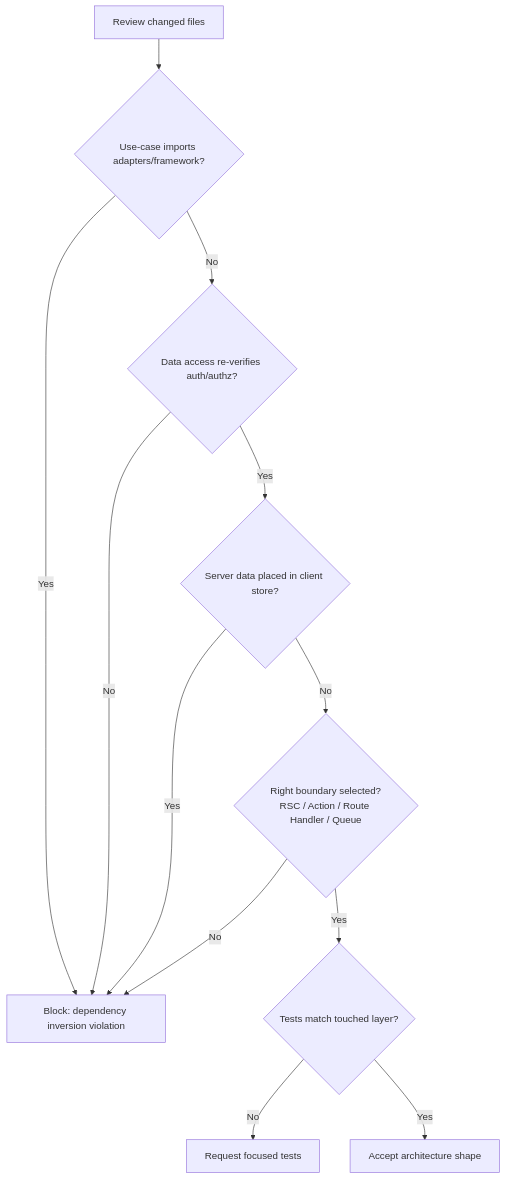
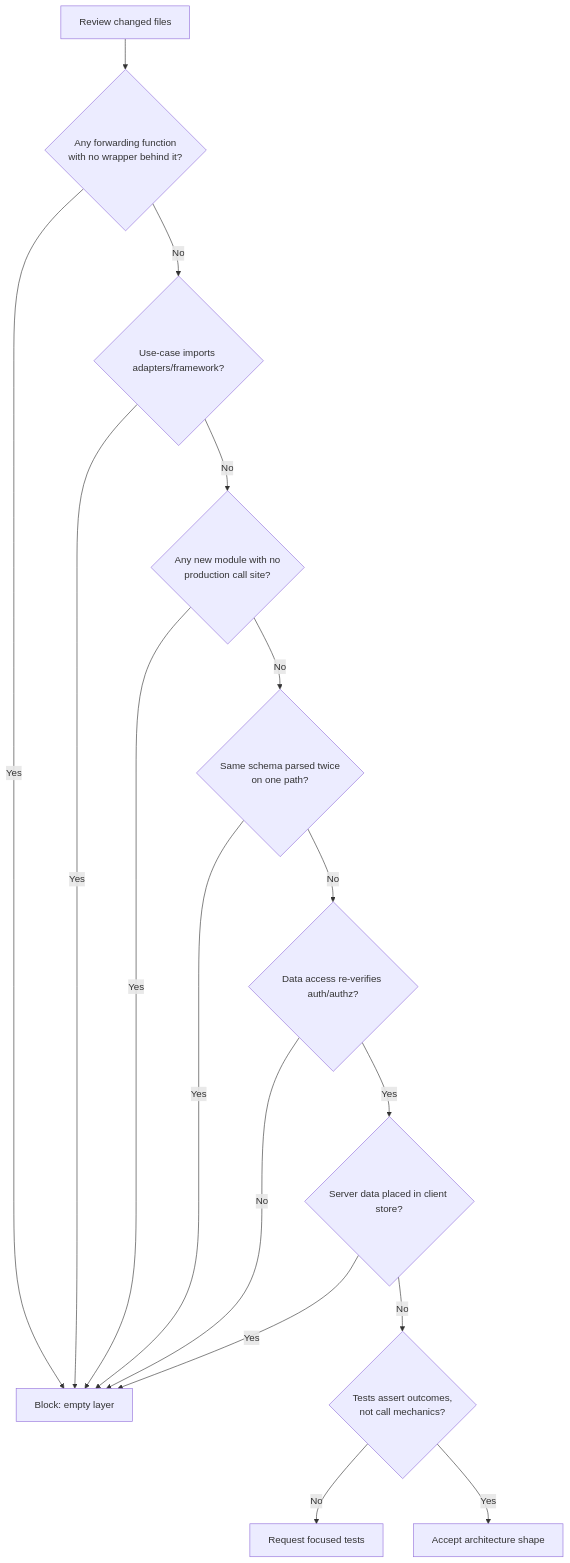
Before and after one commit to clicktronix/nextjs-clean-skills: the fifth of 5 diagrams in docs/agent-decision-maps.md, drawn with Mermaid. The commit also changed other lines of this file and 68 other files, not shown here.

````diff
--- a/docs/agent-decision-maps.md
+++ b/docs/agent-decision-maps.md
@@ -68,14 +95,18 @@
 ```mermaid
 flowchart TD
-  Start["Review changed files"] --> Imports{"Use-case imports adapters/framework?"}
-  Imports -->|Yes| Block["Block: dependency inversion violation"]
-  Imports -->|No| Auth{"Data access re-verifies auth/authz?"}
+  Start["Review changed files"] --> Forward{"Any forwarding function\nwith no wrapper behind it?"}
+  Forward -->|Yes| Block["Block: empty layer"]
+  Forward -->|No| Imports{"Use-case imports adapters/framework?"}
+  Imports -->|Yes| Block
+  Imports -->|No| Unused{"Any new module with no\nproduction call site?"}
+  Unused -->|Yes| Block
+  Unused -->|No| Twice{"Same schema parsed twice\non one path?"}
+  Twice -->|Yes| Block
+  Twice -->|No| Auth{"Data access re-verifies auth/authz?"}
   Auth -->|No| Block
   Auth -->|Yes| ServerData{"Server data placed in client store?"}
   ServerData -->|Yes| Block
-  ServerData -->|No| Boundary{"Right boundary selected?\nRSC / Action / Route Handler / Queue"}
-  Boundary -->|No| Block
-  Boundary -->|Yes| Tests{"Tests match touched layer?"}
+  ServerData -->|No| Tests{"Tests assert outcomes,\nnot call mechanics?"}
   Tests -->|No| RequestTests["Request focused tests"]
   Tests -->|Yes| Accept["Accept architecture shape"]
 ```
````
